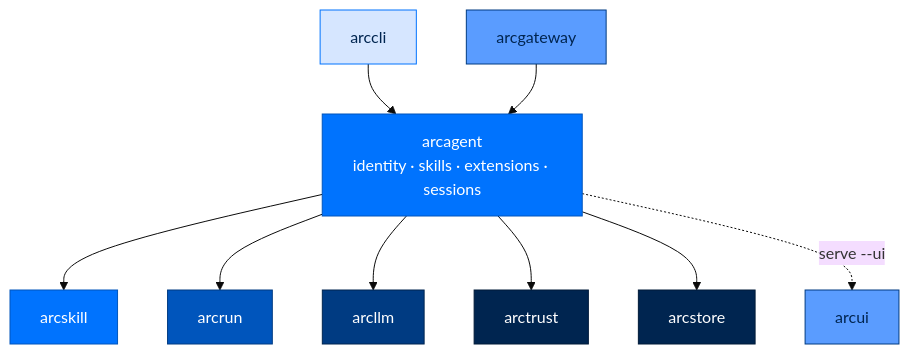
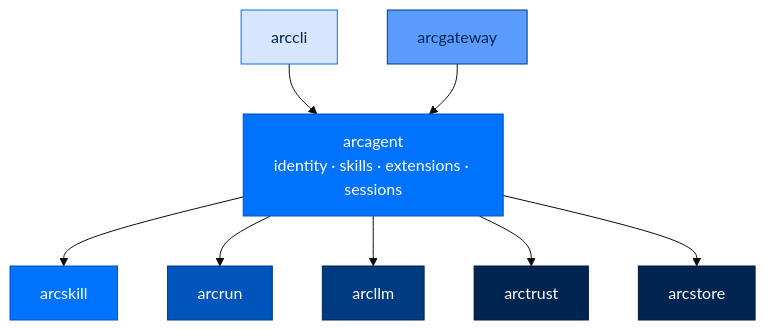
One commit to joshuamschultz/Arc changed the diagram in packages/arcagent/README.md. Above: the diagram before and after it, drawn with Mermaid (base theme). The commit also changed other lines of this file and 26 other files, not shown here.

````diff
--- a/packages/arcagent/README.md
+++ b/packages/arcagent/README.md
@@ -37,18 +37,17 @@
 ```mermaid
 flowchart TB
     classDef entry fill:#D6E6FF,stroke:#0073FE,color:#002550
     classDef agent fill:#0073FE,stroke:#0055BC,color:#FFFFFF
     classDef runtime fill:#0055BC,stroke:#003B82,color:#FFFFFF
     classDef llm fill:#003B82,stroke:#002550,color:#FFFFFF
     classDef surface fill:#5A9CFF,stroke:#003B82,color:#002550
     classDef found fill:#002550,stroke:#001A38,color:#FFFFFF
 
     arccli[arccli]:::entry --> arcagent
     arcgateway[arcgateway]:::surface --> arcagent
     arcagent[arcagent<br/>identity · skills · extensions · sessions]:::agent --> arcskill[arcskill]:::agent
     arcagent --> arcrun[arcrun]:::runtime
     arcagent --> arcllm[arcllm]:::llm
     arcagent --> arctrust[arctrust]:::found
     arcagent --> arcstore[arcstore]:::found
-    arcagent -. serve --ui .-> arcui[arcui]:::surface
 ```
````
